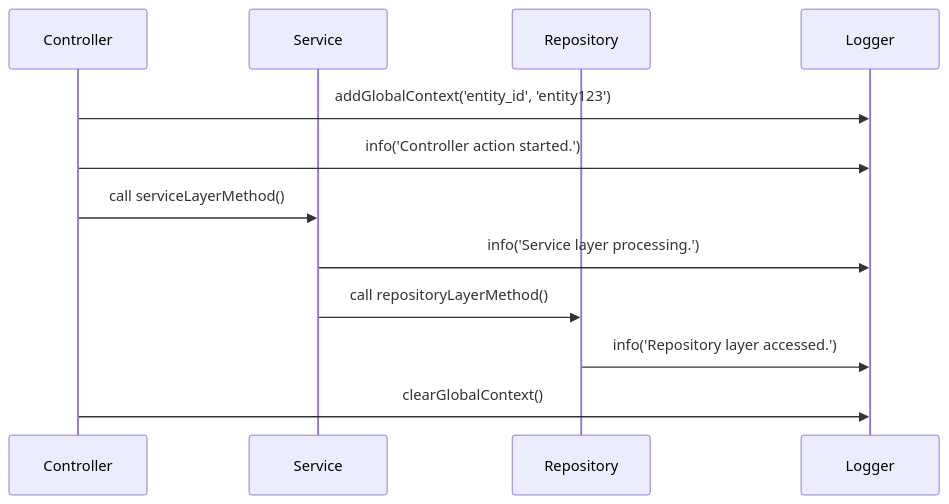
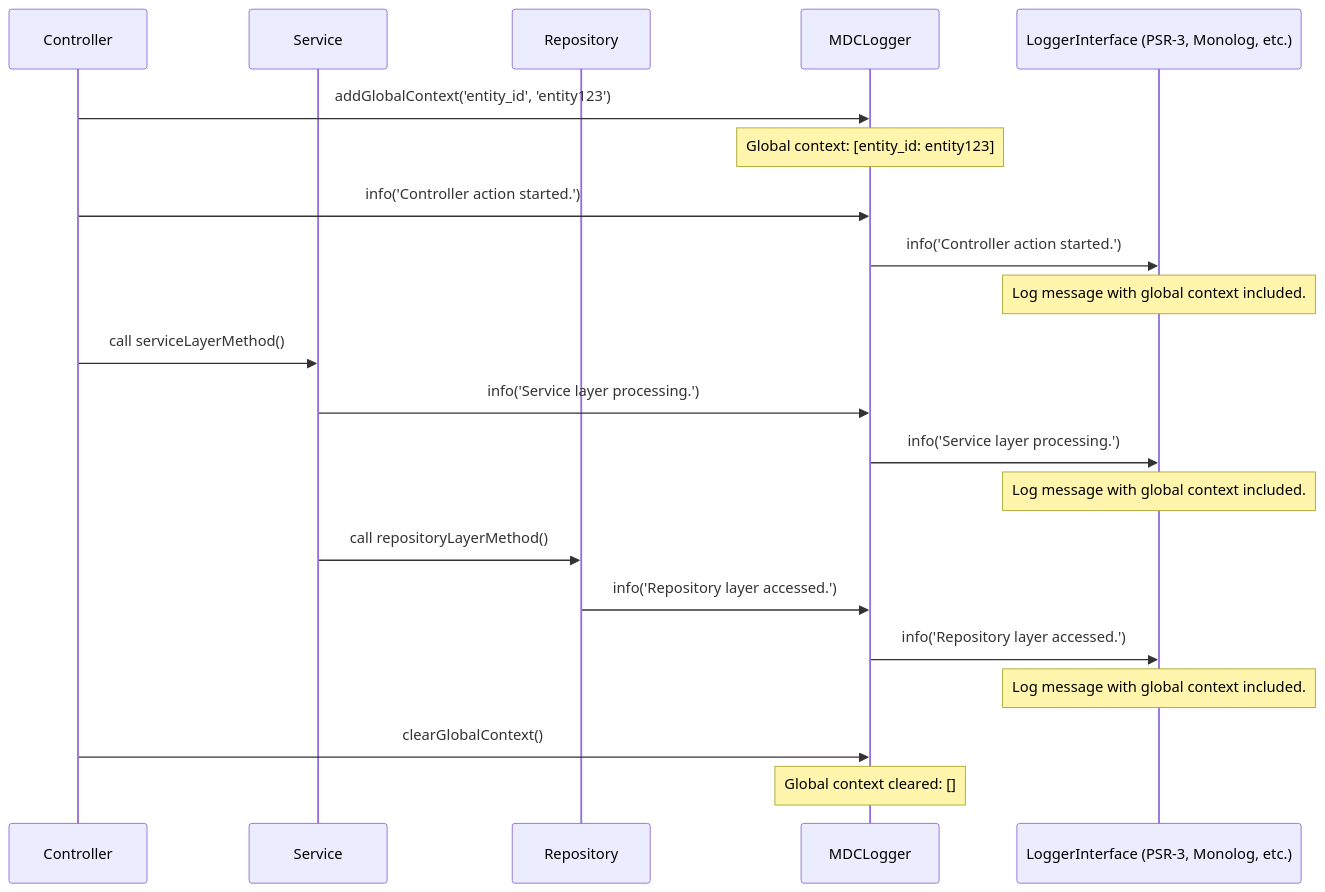
Before and after one commit to gabrielanhaia/mdc-logger: the diagram in README.md, drawn with Mermaid. The commit also changed other lines of this file, not shown here.

````diff
--- a/README.md
+++ b/README.md
@@ -205,15 +236,24 @@
 ```mermaid
 sequenceDiagram
     participant Controller
     participant Service
     participant Repository
-    participant Logger
-
-    Controller->>Logger: addGlobalContext('entity_id', 'entity123')
-    Controller->>Logger: info('Controller action started.')
-    Controller->>Service: call serviceLayerMethod()
-    Service->>Logger: info('Service layer processing.')
-    Service->>Repository: call repositoryLayerMethod()
-    Repository->>Logger: info('Repository layer accessed.')
-    Controller->>Logger: clearGlobalContext()
+    participant MDCLogger
+    participant Logger as LoggerInterface (PSR-3, Monolog, etc.)
+    
+    Controller ->> MDCLogger: addGlobalContext('entity_id', 'entity123')
+    note over MDCLogger: Global context: [entity_id: entity123]
+    Controller ->> MDCLogger: info('Controller action started.')
+    MDCLogger ->> Logger: info('Controller action started.')
+    note over Logger: Log message with global context included.
+    Controller ->> Service: call serviceLayerMethod()
+    Service ->> MDCLogger: info('Service layer processing.')
+    MDCLogger ->> Logger: info('Service layer processing.')
+    note over Logger: Log message with global context included.
+    Service ->> Repository: call repositoryLayerMethod()
+    Repository ->> MDCLogger: info('Repository layer accessed.')
+    MDCLogger ->> Logger: info('Repository layer accessed.')
+    note over Logger: Log message with global context included.
+    Controller ->> MDCLogger: clearGlobalContext()
+    note over MDCLogger: Global context cleared: []
 ```
````
